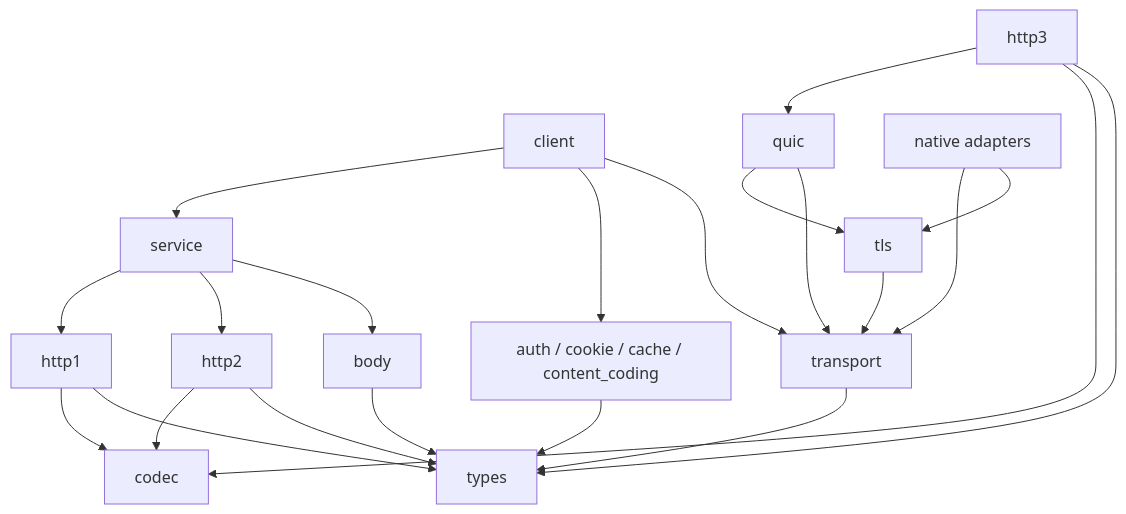
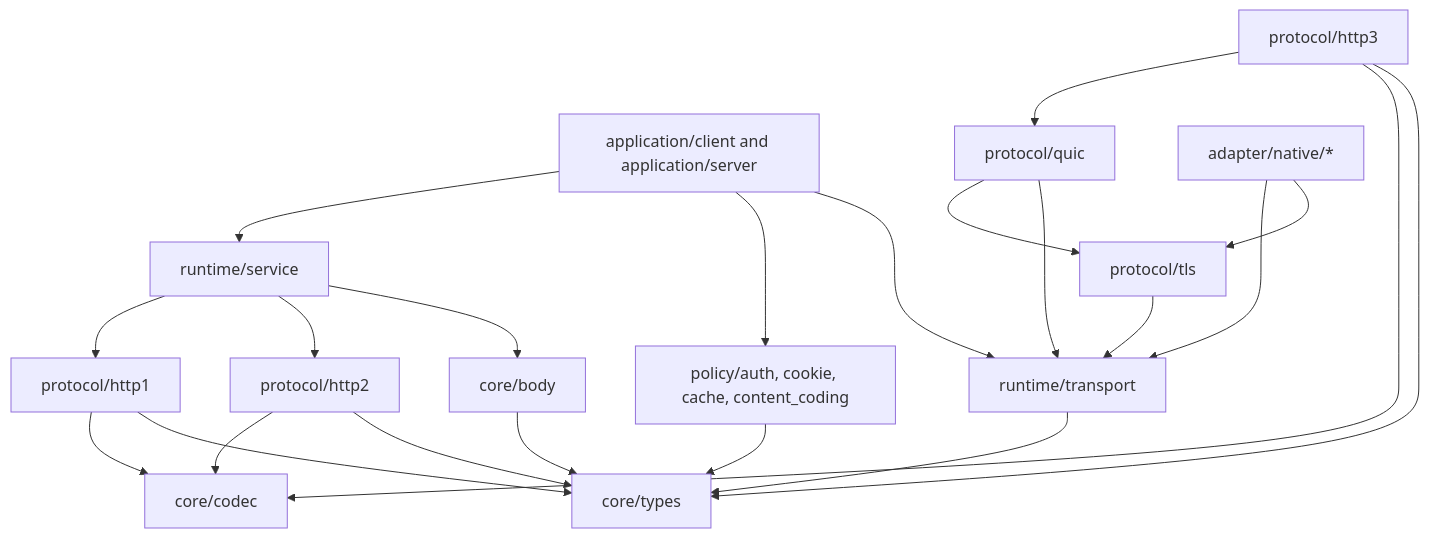
The diagram in docs/concepts/architecture.md (ZSeanYves/MoonbitHTTP), drawn with Mermaid before and after one commit. The commit also changed other lines of this file and 528 other files, not shown here.

Commit message:
refactor: move packages into architecture namespaces

````diff
--- a/docs/concepts/architecture.md
+++ b/docs/concepts/architecture.md
@@ -19,24 +19,24 @@
 ```mermaid
 flowchart TD
-  client --> service
-  client --> policies[auth / cookie / cache / content_coding]
-  client --> transport
-  service --> http1
-  service --> http2
-  service --> body
-  http3 --> quic
-  quic --> tls
+  app[application/client and application/server] --> service[runtime/service]
+  app --> policies[policy/auth, cookie, cache, content_coding]
+  app --> transport[runtime/transport]
+  service --> h1[protocol/http1]
+  service --> h2[protocol/http2]
+  service --> body[core/body]
+  h3[protocol/http3] --> quic[protocol/quic]
+  quic --> tls[protocol/tls]
   quic --> transport
   tls --> transport
-  transport --> types
-  http1 --> codec
-  http2 --> codec
-  http3 --> codec
-  http1 --> types
-  http2 --> types
-  http3 --> types
+  transport --> types[core/types]
+  h1 --> codec[core/codec]
+  h2 --> codec
+  h3 --> codec
+  h1 --> types
+  h2 --> types
+  h3 --> types
   body --> types
   policies --> types
-  native[native adapters] --> transport
+  native[adapter/native/*] --> transport
   native --> tls
 ```
````
